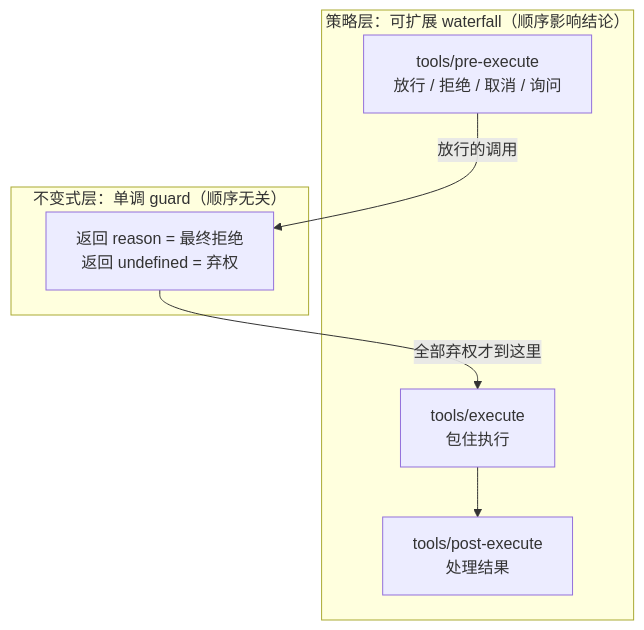
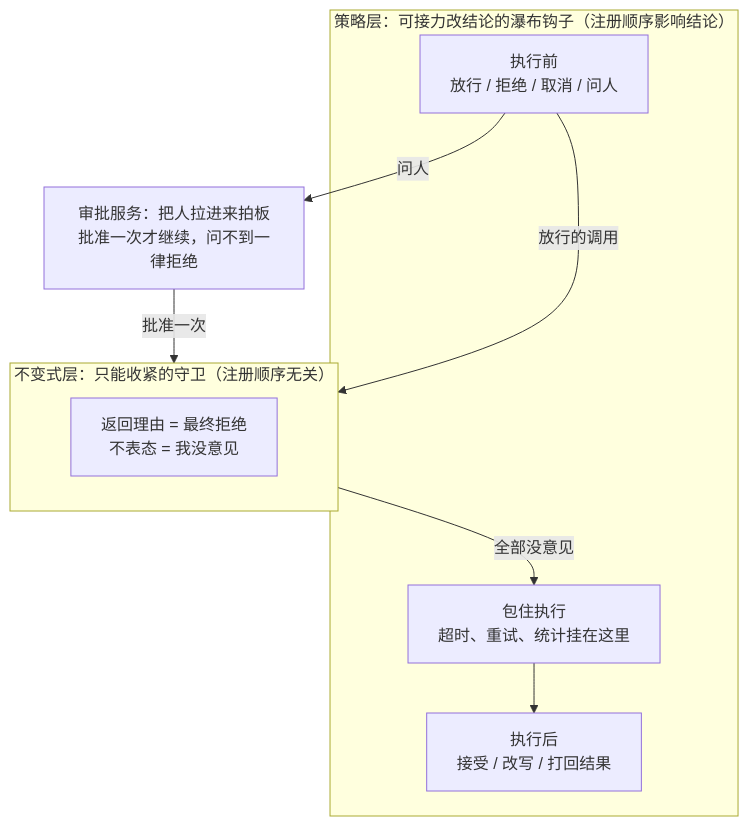
Before and after one commit to anthonyzhao-4926/blog: the first of 2 diagrams in dsh 插件开发学习/12-在工具执行管线拦截危险调用.md, drawn with Mermaid. The commit also changed other lines of this file and 38 other files, not shown here.

````diff
--- a/dsh 插件开发学习/12-在工具执行管线拦截危险调用.md
+++ b/dsh 插件开发学习/12-在工具执行管线拦截危险调用.md
@@ -37,14 +43,17 @@
 ```mermaid
 flowchart TD
-    subgraph W["策略层：可扩展 waterfall（顺序影响结论）"]
-        A["tools/pre-execute<br/>放行 / 拒绝 / 取消 / 询问"]
-        B["tools/execute<br/>包住执行"]
-        C["tools/post-execute<br/>处理结果"]
+    subgraph W["策略层：可接力改结论的瀑布钩子（注册顺序影响结论）"]
+        A["执行前<br/>放行 / 拒绝 / 取消 / 问人"]
+        B["包住执行<br/>超时、重试、统计挂在这里"]
+        C["执行后<br/>接受 / 改写 / 打回结果"]
     end
-    subgraph G["不变式层：单调 guard（顺序无关）"]
-        D["返回 reason = 最终拒绝<br/>返回 undefined = 弃权"]
+    P["审批服务：把人拉进来拍板<br/>批准一次才继续，问不到一律拒绝"]
+    subgraph G["不变式层：只能收紧的守卫（注册顺序无关）"]
+        D["返回理由 = 最终拒绝<br/>不表态 = 我没意见"]
     end
-    A -->|"放行的调用"| D
-    D -->|"全部弃权才到这里"| B
+    A -->|"问人"| P
+    P -->|"批准一次"| G
+    A -->|"放行的调用"| G
+    G -->|"全部没意见"| B
     B --> C
 ```
````
